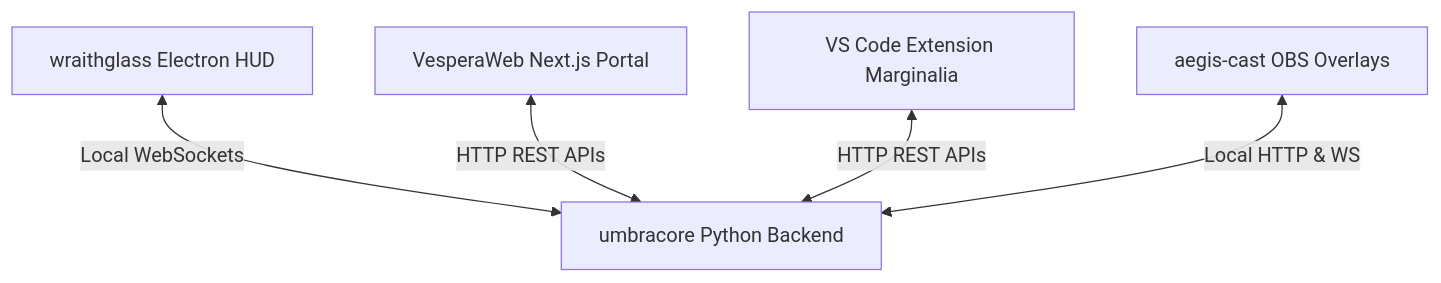
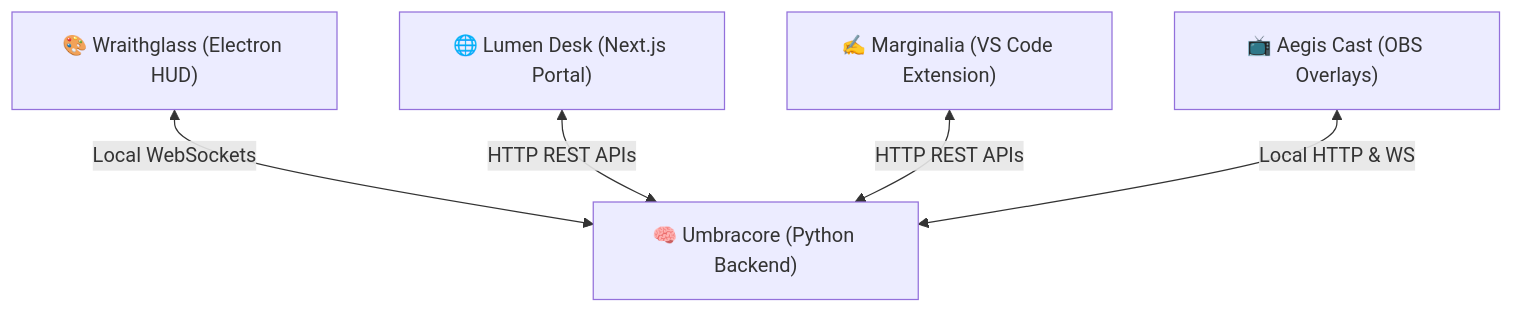
Before and after one commit to ThisisDarkNova/Aditya-Ai: the first of 2 diagrams in VESPERA_AI_DETAILS.md, drawn with Mermaid. The commit also changed other lines of this file, not shown here.

Commit message:
Docs: Update VESPERA_AI_DETAILS.md with deep architectural and capability details

````diff
--- a/VESPERA_AI_DETAILS.md
+++ b/VESPERA_AI_DETAILS.md
@@ -11,7 +11,7 @@
 ```mermaid
 graph TD
-    A[wraithglass Electron HUD] <-->|Local WebSockets| B[umbracore Python Backend]
-    C[VesperaWeb Next.js Portal] <-->|HTTP REST APIs| B
-    D[VS Code Extension Marginalia] <-->|HTTP REST APIs| B
-    E[aegis-cast OBS Overlays] <-->|Local HTTP & WS| B
+    A["🎨 Wraithglass (Electron HUD)"] <-->|Local WebSockets| B["🧠 Umbracore (Python Backend)"]
+    C["🌐 Lumen Desk (Next.js Portal)"] <-->|HTTP REST APIs| B
+    D["✍️ Marginalia (VS Code Extension)"] <-->|HTTP REST APIs| B
+    E["📺 Aegis Cast (OBS Overlays)"] <-->|Local HTTP & WS| B
 ```
````
